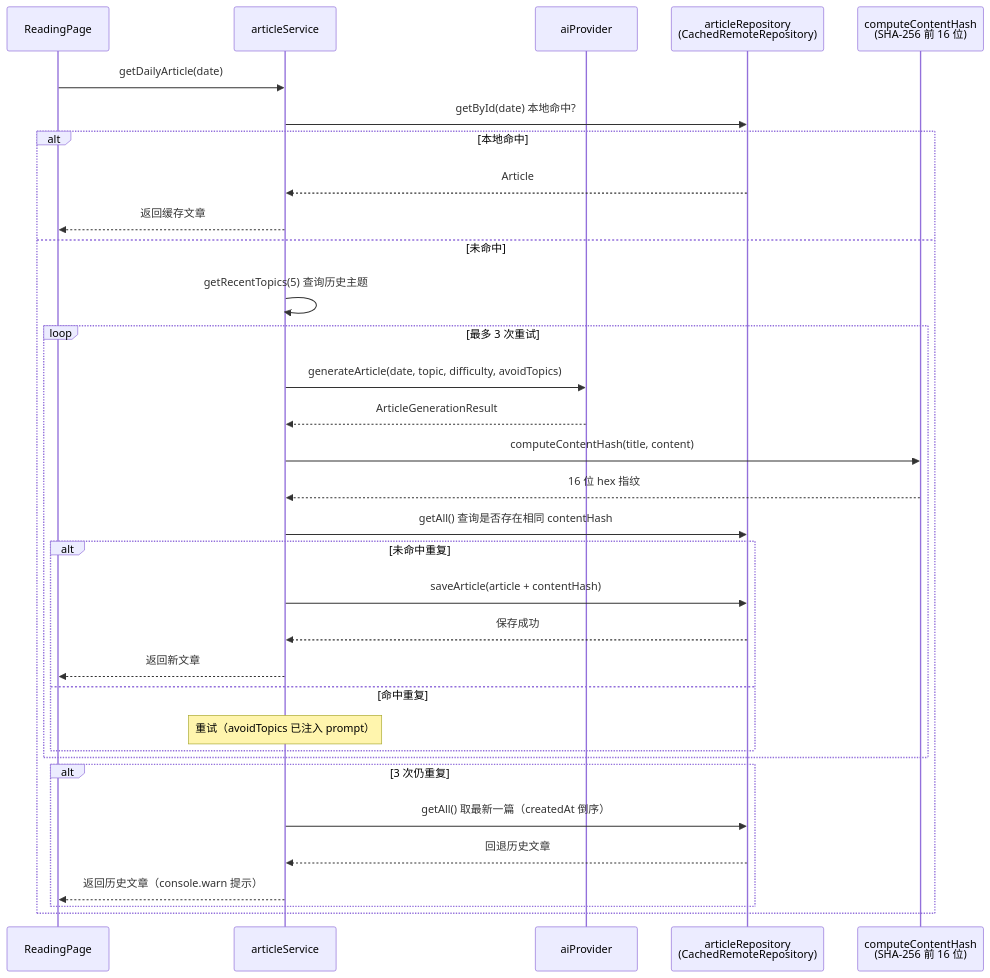
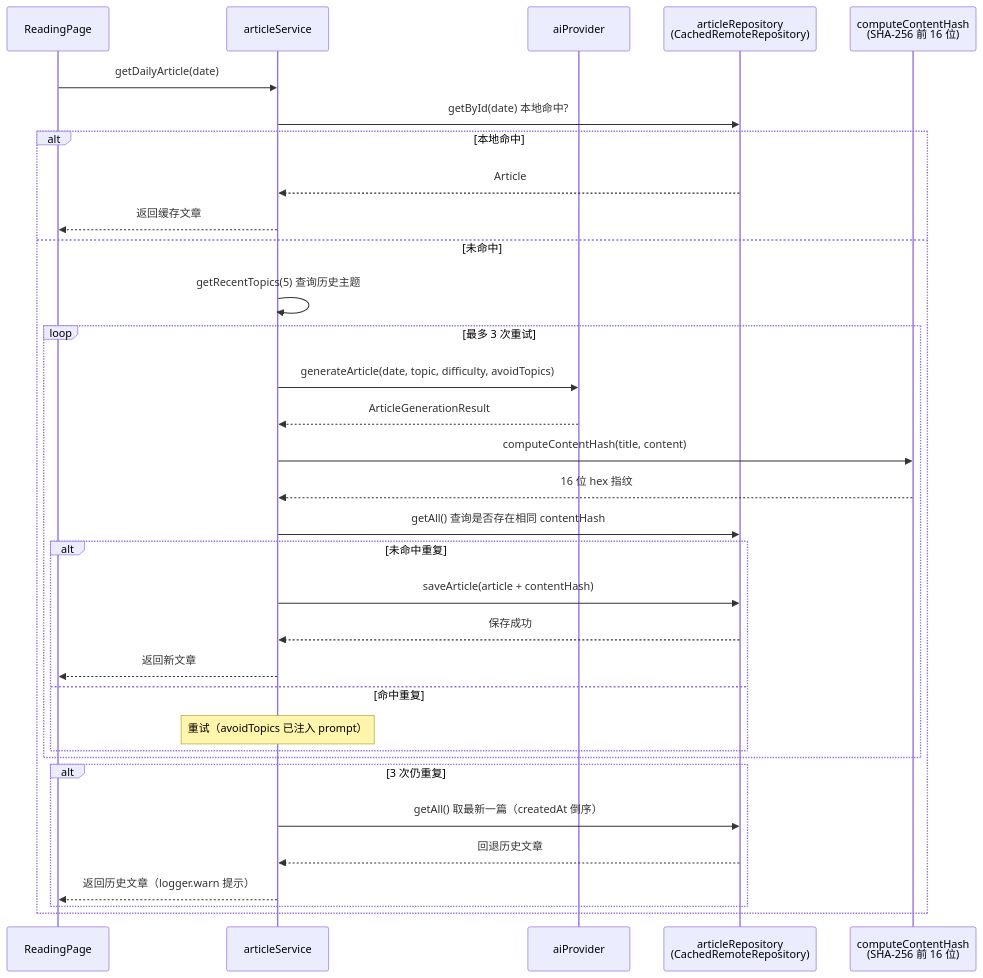
The fourth of 7 diagrams in docs/ARCHITECTURE.md (zhongxingma/ydxl), drawn with Mermaid before and after one commit. The commit also changed other lines of this file and 259 other files, not shown here.

First line of the commit message:
feat: 落地项目改进路线图（i18n/可观测性/容器化/治理/性能）

````diff
--- a/docs/ARCHITECTURE.md
+++ b/docs/ARCHITECTURE.md
@@ -244,36 +229,36 @@
 ```mermaid
 sequenceDiagram
     participant UI as ReadingPage
     participant Svc as articleService
     participant AI as aiProvider
     participant Repo as articleRepository<br/>(CachedRemoteRepository)
     participant Hash as computeContentHash<br/>(SHA-256 前 16 位)
 
     UI->>Svc: getDailyArticle(date)
     Svc->>Repo: getById(date) 本地命中?
     alt 本地命中
         Repo-->>Svc: Article
         Svc-->>UI: 返回缓存文章
     else 未命中
         Svc->>Svc: getRecentTopics(5) 查询历史主题
         loop 最多 3 次重试
             Svc->>AI: generateArticle(date, topic, difficulty, avoidTopics)
             AI-->>Svc: ArticleGenerationResult
             Svc->>Hash: computeContentHash(title, content)
             Hash-->>Svc: 16 位 hex 指纹
             Svc->>Repo: getAll() 查询是否存在相同 contentHash
             alt 未命中重复
                 Svc->>Repo: saveArticle(article + contentHash)
                 Repo-->>Svc: 保存成功
                 Svc-->>UI: 返回新文章
             else 命中重复
                 Note over Svc: 重试（avoidTopics 已注入 prompt）
             end
         end
         alt 3 次仍重复
             Svc->>Repo: getAll() 取最新一篇（createdAt 倒序）
             Repo-->>Svc: 回退历史文章
-            Svc-->>UI: 返回历史文章（console.warn 提示）
+            Svc-->>UI: 返回历史文章（logger.warn 提示）
         end
     end
 ```
````
